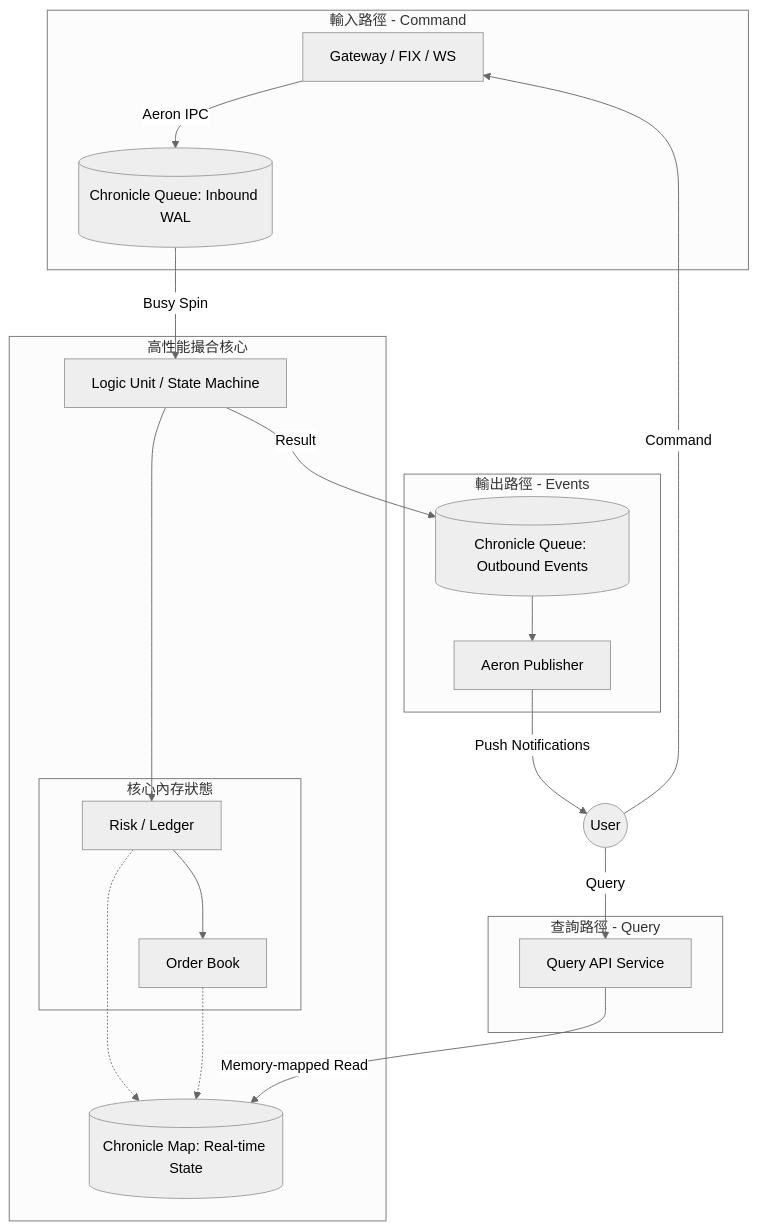
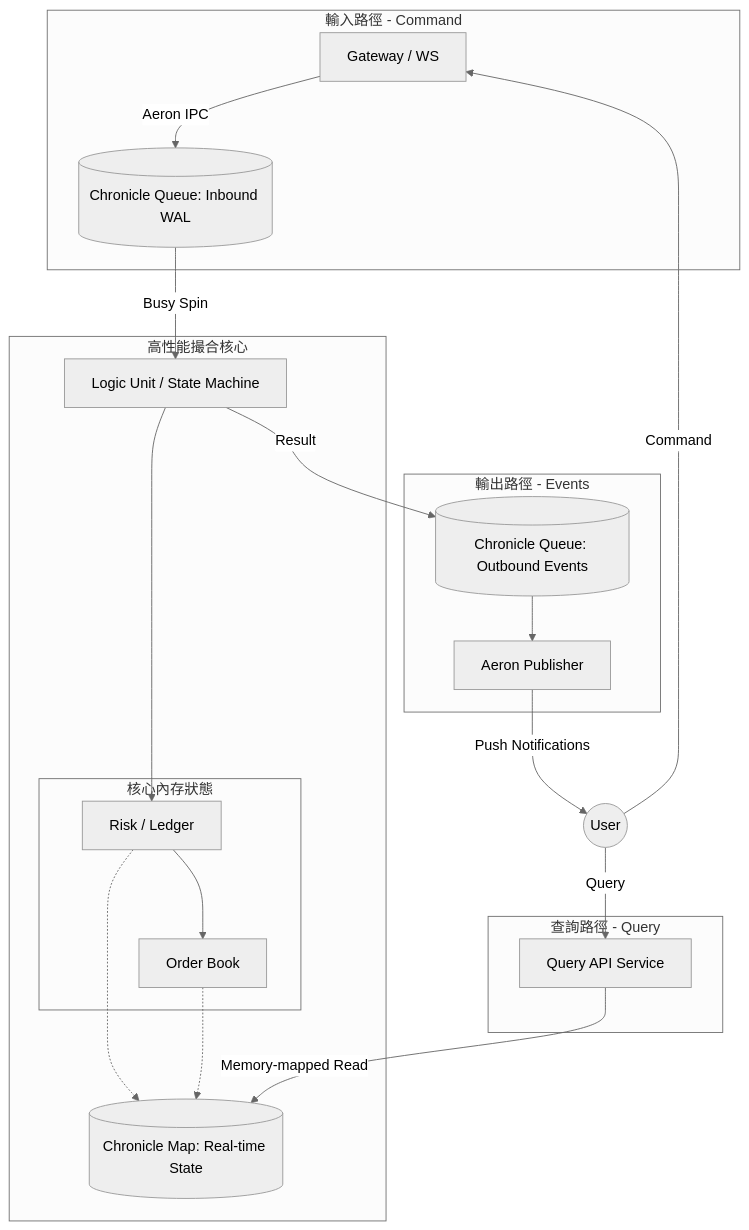
One commit to vincentf13/open.vincentf13 changed the diagram in doc/Spot Exchange/architecture_design.md. Above: the diagram before and after it, drawn with Mermaid (neutral theme). The commit also changed other lines of this file, not shown here.

````diff
--- a/doc/Spot Exchange/architecture_design.md
+++ b/doc/Spot Exchange/architecture_design.md
@@ -19,36 +18,36 @@
 ```mermaid
 flowchart TD
     subgraph Inbound_Path[輸入路徑 - Command]
-        API[Gateway / FIX / WS] -->|Aeron IPC| Sequencer[(Chronicle Queue: Inbound WAL)]
+        API[Gateway / WS] -->|Aeron IPC| Sequencer[(Chronicle Queue: Inbound WAL)]
     end
 
     subgraph Core_Engine[高性能撮合核心]
         Sequencer -->|Busy Spin| LogicUnit[Logic Unit / State Machine]
         
         subgraph Internal_State[核心內存狀態]
             Risk[Risk / Ledger]
             Book[Order Book]
         end
         
         LogicUnit --> Risk
         Risk --> Book
         
         %% 狀態同步
         Risk -.-> SharedMap[(Chronicle Map: Real-time State)]
         Book -.-> SharedMap
     end
 
     subgraph Outbound_Path[輸出路徑 - Events]
         LogicUnit -->|Result| PubSequencer[(Chronicle Queue: Outbound Events)]
         PubSequencer --> AeronPub[Aeron Publisher]
     end
 
     subgraph Query_Path[查詢路徑 - Query]
         QueryAPI[Query API Service] -->|Memory-mapped Read| SharedMap
     end
 
     %% 用戶交互
     User((User)) -->|Command| API
     User -->|Query| QueryAPI
     AeronPub -->|Push Notifications| User
 ```
````
